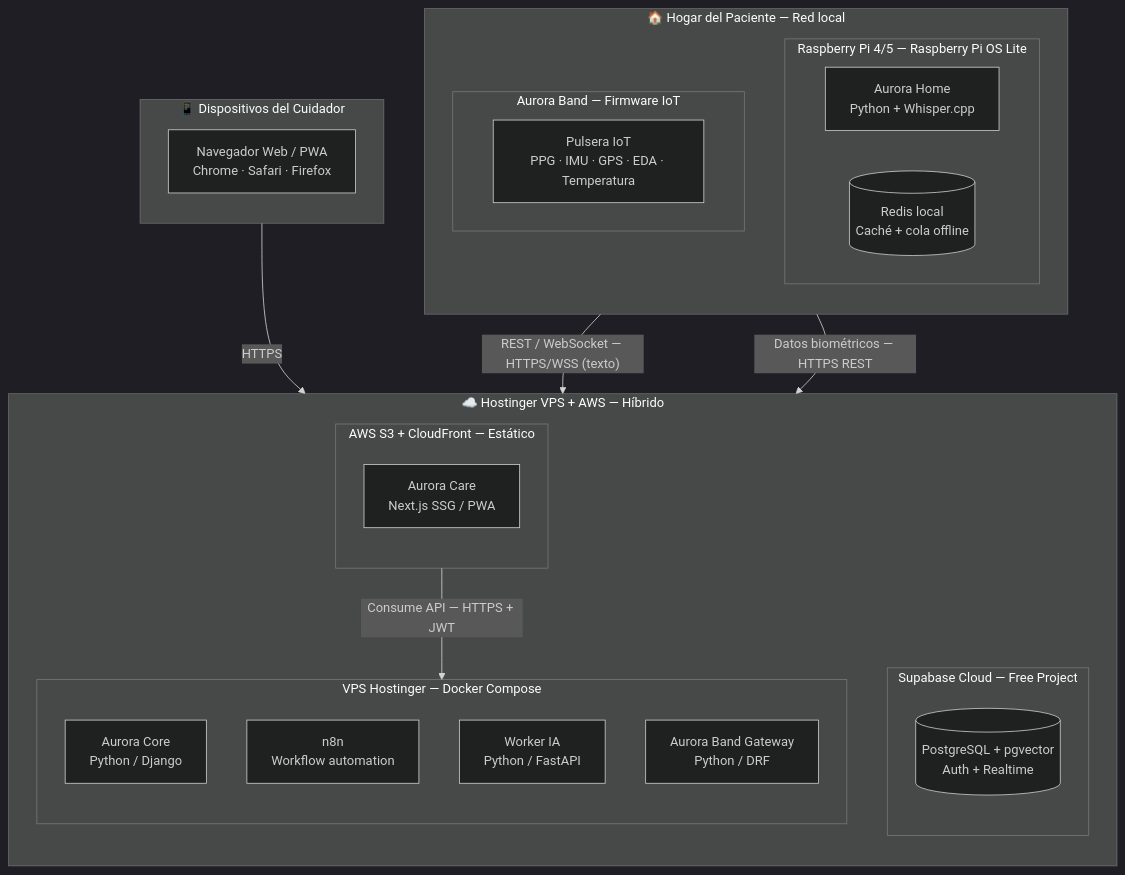
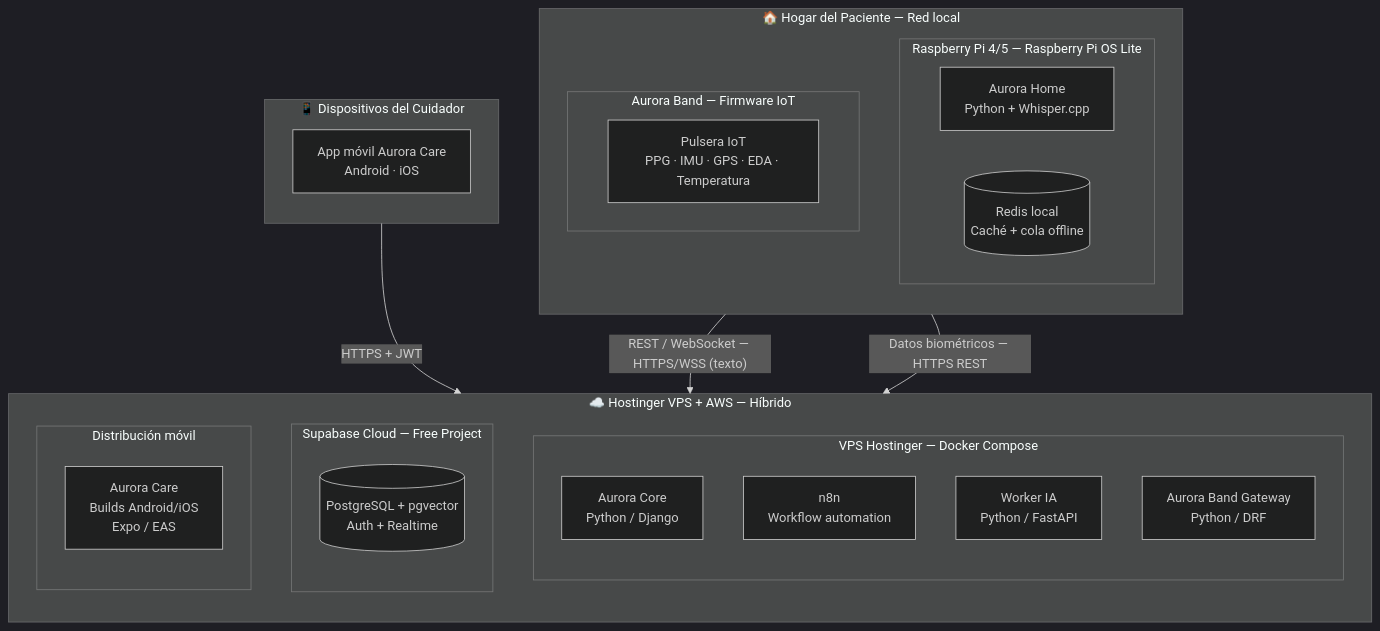
One commit to NicolasRodeyro/ObsidianAurora changed the third of 3 diagrams in Document Hub/INSTANCIA 2 — Sprint 0/Arquitectura y Stack Tecnológico.md. Above: the diagram before and after it, drawn with Mermaid (dark theme). The commit also changed other lines of this file and 11 other files, not shown here.

First line of the commit message:
Alineé la documentación del repo con la decisión oficial de React Native + Expo + TypeScript para Aurora Care.

````diff
--- a/Document Hub/INSTANCIA 2 — Sprint 0/Arquitectura y Stack Tecnológico.md
+++ b/Document Hub/INSTANCIA 2 — Sprint 0/Arquitectura y Stack Tecnológico.md
@@ -182,48 +182,47 @@
 ```mermaid
 flowchart TB
 
     subgraph cloud["☁️ Hostinger VPS + AWS — Híbrido"]
         direction TB
 
         subgraph vps["VPS Hostinger — Docker Compose"]
             direction TB
             aurora_core_d["Aurora Core<br/>Python / Django"]
             n8n_d["n8n<br/>Workflow automation"]
             worker_ia_d["Worker IA<br/>Python / FastAPI"]
             aurora_band_d["Aurora Band Gateway<br/>Python / DRF"]
         end
 
         subgraph supabase_cloud["Supabase Cloud — Free Project"]
             direction TB
             supabase_d[("PostgreSQL + pgvector<br/>Auth + Realtime")]
         end
 
-        subgraph s3["AWS S3 + CloudFront — Estático"]
+        subgraph mobile_dist["Distribución móvil"]
             direction TB
-            aurora_care_d["Aurora Care<br/>Next.js SSG / PWA"]
+            aurora_care_d["Aurora Care<br/>Builds Android/iOS<br/>Expo / EAS"]
         end
     end
 
     subgraph home["🏠 Hogar del Paciente — Red local"]
         direction TB
 
         subgraph rpi["Raspberry Pi 4/5 — Raspberry Pi OS Lite"]
             aurora_home_d["Aurora Home<br/>Python + Whisper.cpp"]
             redis_rpi[("Redis local<br/>Caché + cola offline")]
         end
 
         subgraph band["Aurora Band — Firmware IoT"]
             aurora_band_device["Pulsera IoT<br/>PPG · IMU · GPS · EDA · Temperatura"]
         end
     end
 
     subgraph cg_devices["📱 Dispositivos del Cuidador"]
         direction TB
-        browser["Navegador Web / PWA<br/>Chrome · Safari · Firefox"]
+        mobile_app["App móvil Aurora Care<br/>Android · iOS"]
     end
 
     rpi -->|"REST / WebSocket — HTTPS/WSS (texto)"| vps
     band -->|"Datos biométricos — HTTPS REST"| vps
-    browser -->|"HTTPS"| s3
-    s3 -->|"Consume API — HTTPS + JWT"| vps
+    mobile_app -->|"HTTPS + JWT"| vps
 ```
````
